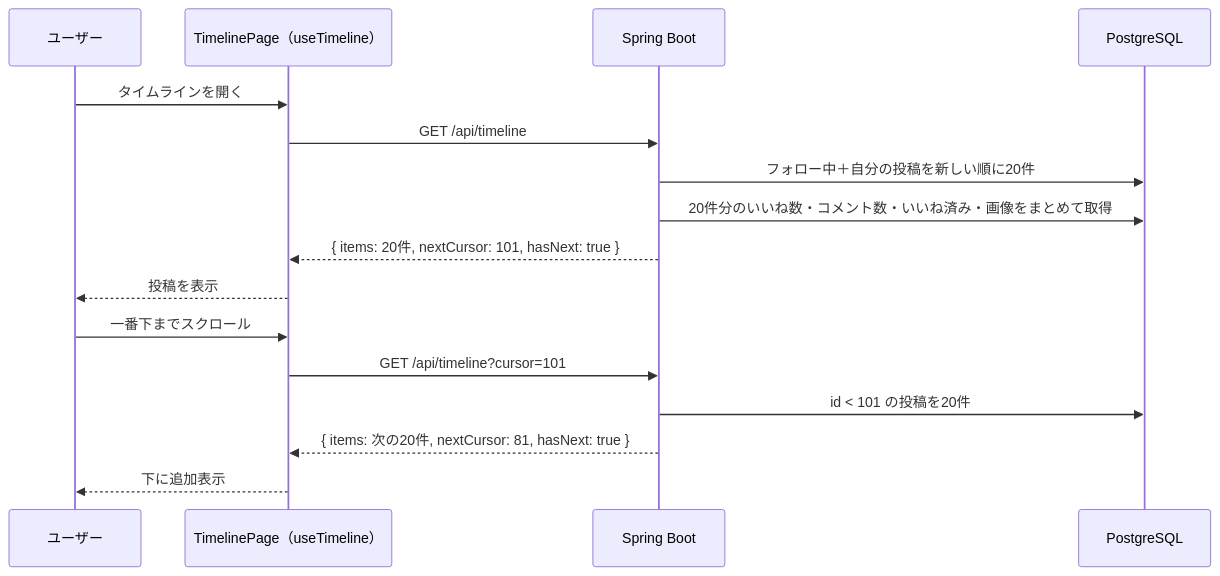
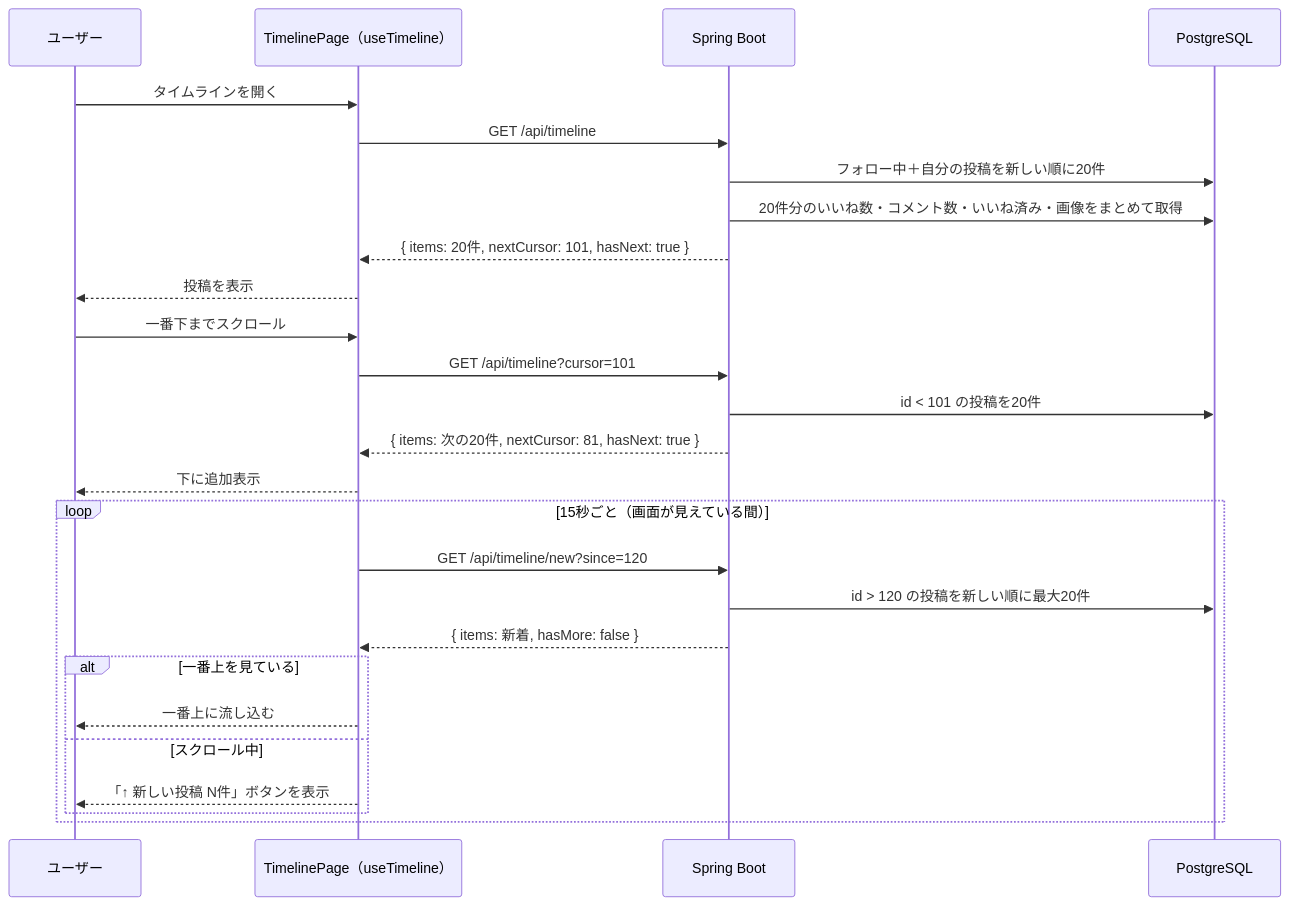
The diagram in 機能定義書/タイムライン機能.md (kuroda1995/sns-timeline), drawn with Mermaid before and after one commit. The commit also changed other lines of this file and 6 other files, not shown here.

````diff
--- a/機能定義書/タイムライン機能.md
+++ b/機能定義書/タイムライン機能.md
@@ -124,20 +168,31 @@
 ```mermaid
 sequenceDiagram
     participant User as ユーザー
     participant Page as TimelinePage（useTimeline）
     participant API as Spring Boot
     participant DB as PostgreSQL
 
     User->>Page: タイムラインを開く
     Page->>API: GET /api/timeline
     API->>DB: フォロー中＋自分の投稿を新しい順に20件
     API->>DB: 20件分のいいね数・コメント数・いいね済み・画像をまとめて取得
     API-->>Page: { items: 20件, nextCursor: 101, hasNext: true }
     Page-->>User: 投稿を表示
 
     User->>Page: 一番下までスクロール
     Page->>API: GET /api/timeline?cursor=101
     API->>DB: id < 101 の投稿を20件
     API-->>Page: { items: 次の20件, nextCursor: 81, hasNext: true }
     Page-->>User: 下に追加表示
+
+    loop 15秒ごと（画面が見えている間）
+        Page->>API: GET /api/timeline/new?since=120
+        API->>DB: id > 120 の投稿を新しい順に最大20件
+        API-->>Page: { items: 新着, hasMore: false }
+        alt 一番上を見ている
+            Page-->>User: 一番上に流し込む
+        else スクロール中
+            Page-->>User: 「↑ 新しい投稿 N件」ボタンを表示
+        end
+    end
 ```
````
